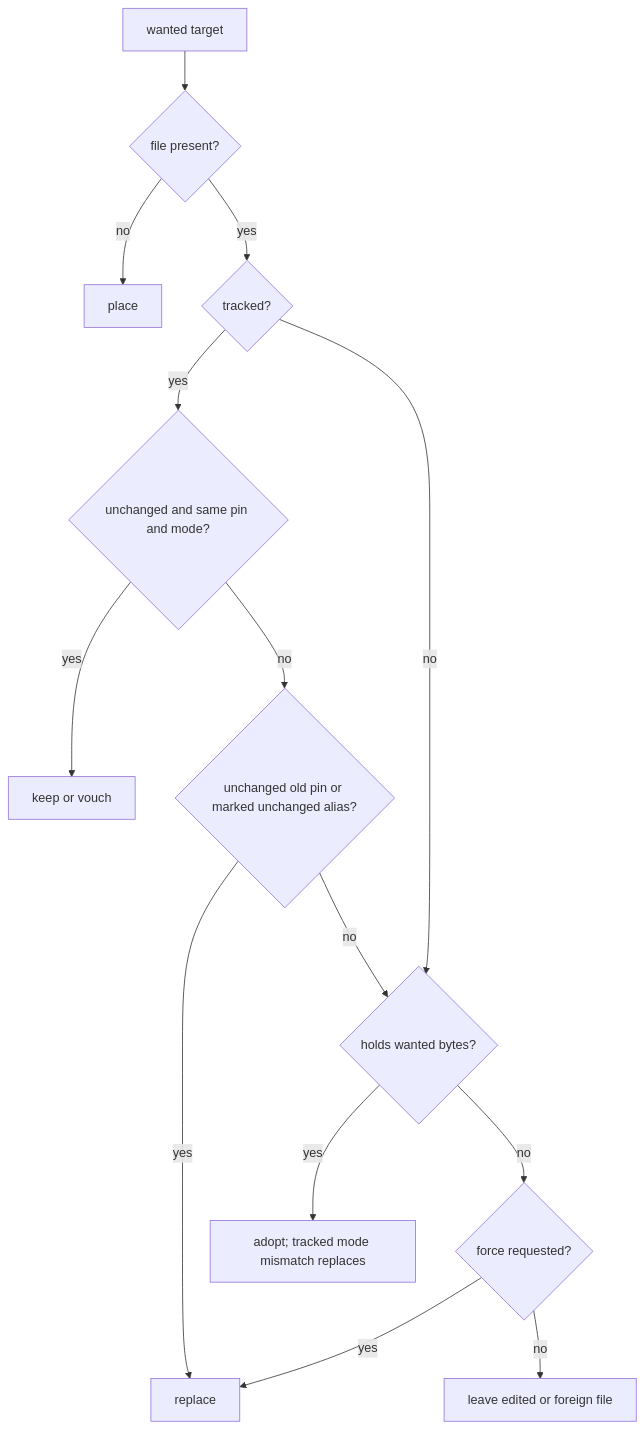
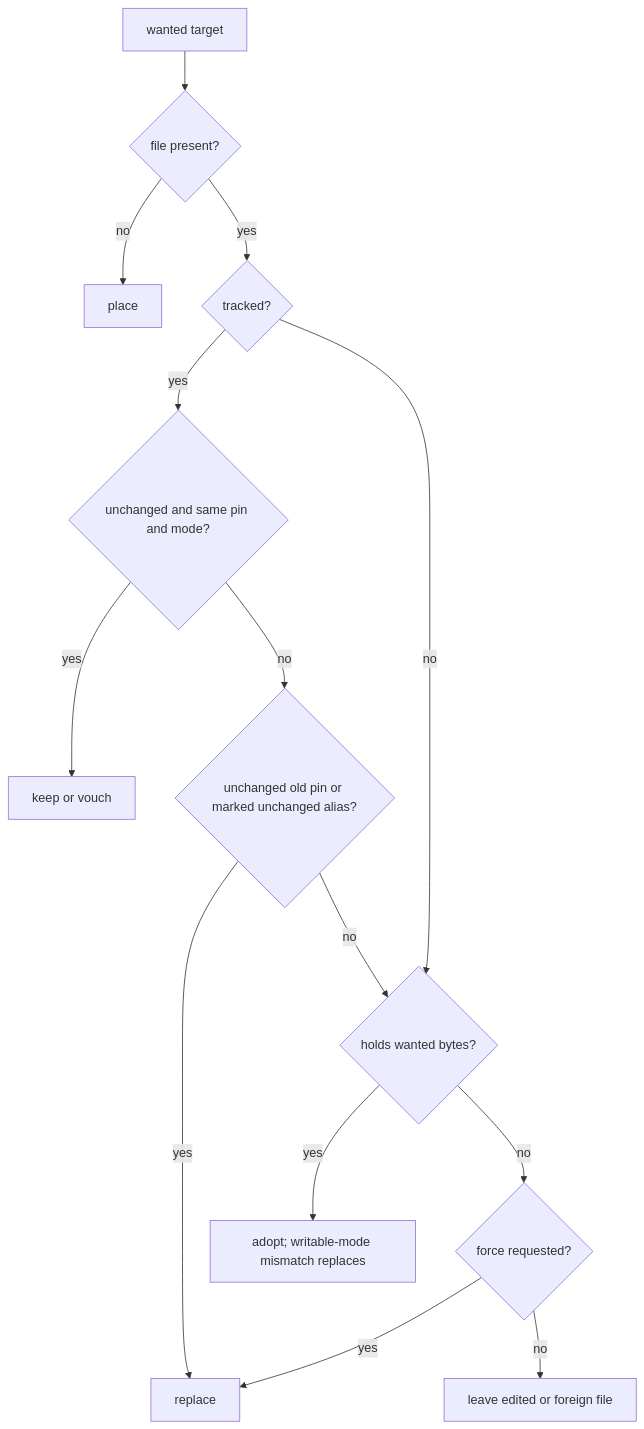
One commit to nikhil-yn-aix/fetchloom changed the diagram in docs/dev/architecture/placing.md. Above: the diagram before and after it, drawn with Mermaid. The commit also changed other lines of this file and 8 other files, not shown here.

````diff
--- a/docs/dev/architecture/placing.md
+++ b/docs/dev/architecture/placing.md
@@ -32,16 +32,16 @@
 ```mermaid
 flowchart TD
     target["wanted target"] --> exists{"file present?"}
     exists -->|no| place["place"]
     exists -->|yes| tracked{"tracked?"}
     tracked -->|yes| unchanged{"unchanged and same pin and mode?"}
     unchanged -->|yes| keep["keep or vouch"]
     unchanged -->|no| safe{"unchanged old pin or marked unchanged alias?"}
     safe -->|yes| replace["replace"]
     safe -->|no| equal{"holds wanted bytes?"}
     tracked -->|no| equal
-    equal -->|yes| adopt["adopt; tracked mode mismatch replaces"]
+    equal -->|yes| adopt["adopt; writable-mode mismatch replaces"]
     equal -->|no| force{"force requested?"}
     force -->|yes| replace
     force -->|no| leave["leave edited or foreign file"]
 ```
````
